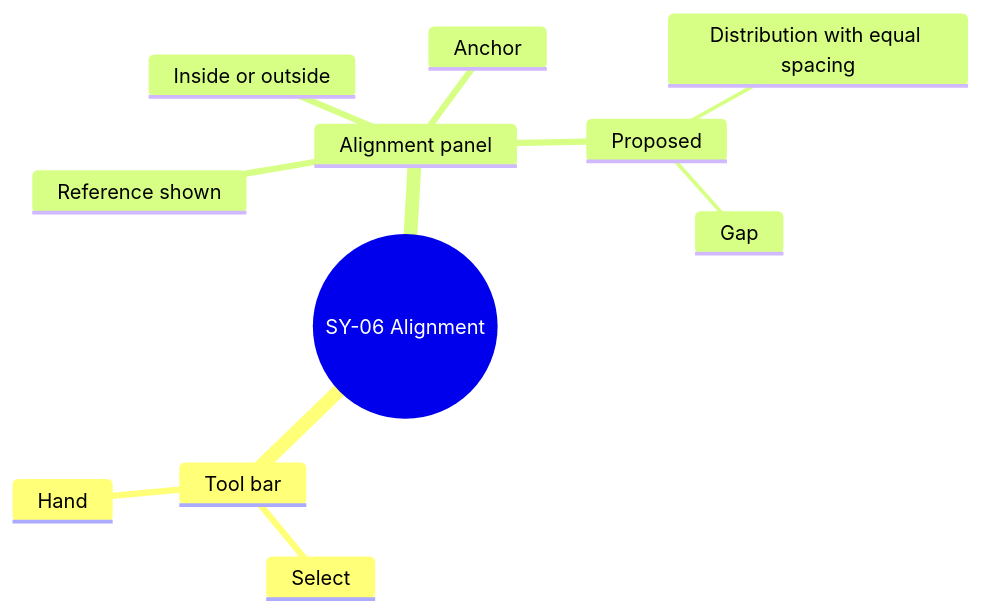
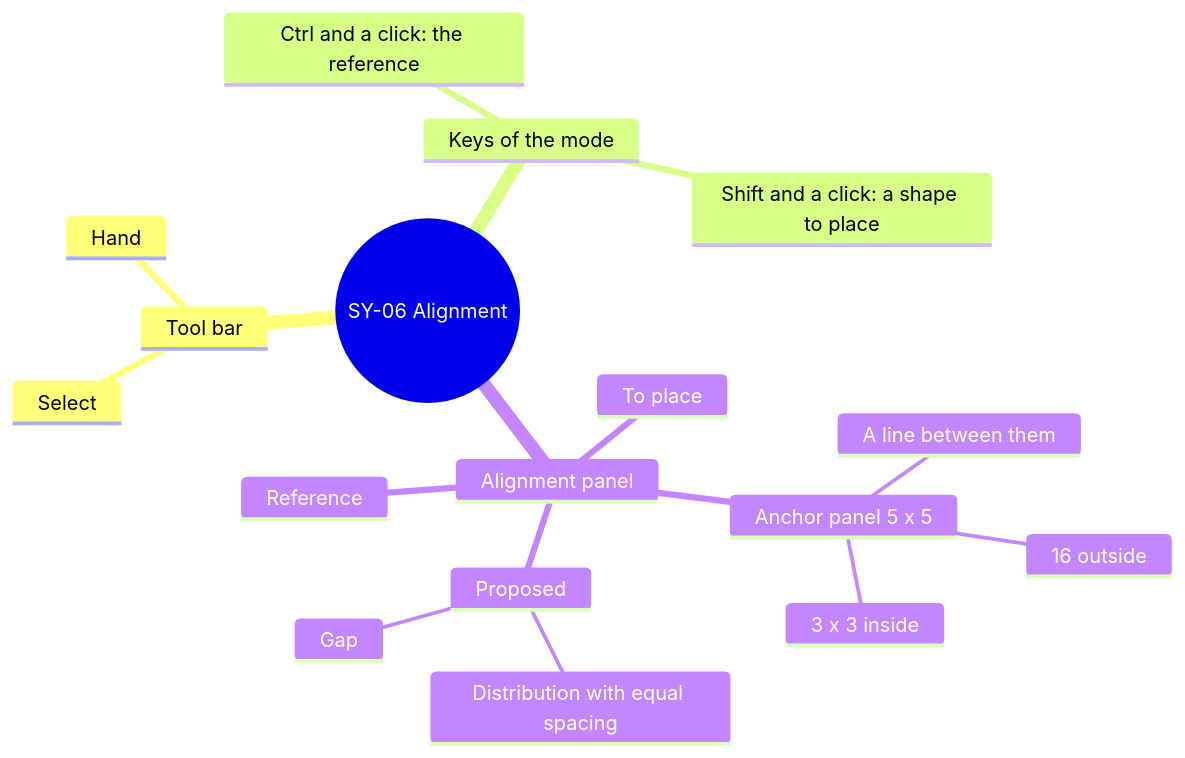
The eighth of 16 diagrams in screens/symbols.md (AlexandreGallais/synoptic-studio-spec), drawn with Mermaid before and after one commit. The commit also changed other lines of this file and 20 other files, not shown here.

````diff
--- a/screens/symbols.md
+++ b/screens/symbols.md
@@ -371,14 +367,20 @@
 ```mermaid
 mindmap
   root((SY-06 Alignment))
     Tool bar
       Select
       Hand
+    Keys of the mode
+      Ctrl and a click: the reference
+      Shift and a click: a shape to place
     Alignment panel
-      Reference shown
-      Anchor
-      Inside or outside
+      Reference
+      To place
+      Anchor panel 5 x 5
+        3 x 3 inside
+        16 outside
+        A line between them
       Proposed
         Distribution with equal spacing
         Gap
 ```
````
